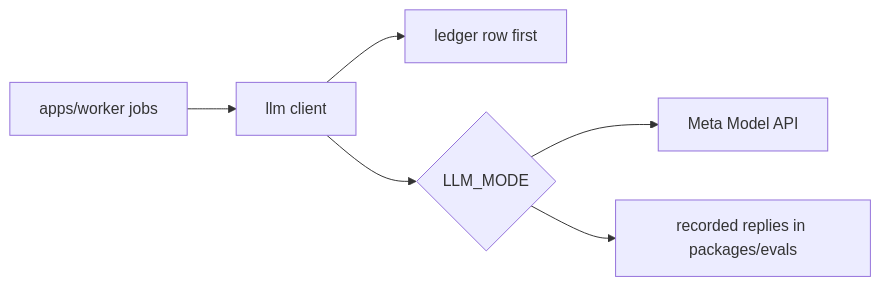
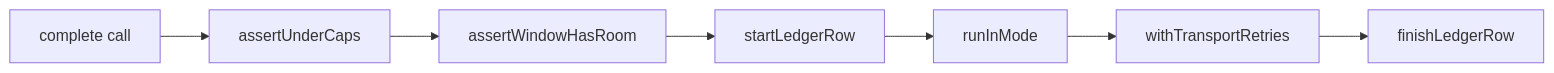
Before and after one commit to Ambar-13/Meta-hackathon: the first of 2 diagrams in packages/llm/README.md, drawn with Mermaid. The commit also changed other lines of this file and 88 other files, not shown here.

First line of the commit message:
Add the model client, the worker, the names check and the card builder

````diff
--- a/packages/llm/README.md
+++ b/packages/llm/README.md
@@ -15,8 +15,9 @@
 ```mermaid
 flowchart LR
-  worker["apps/worker jobs"] --> client["llm client"]
-  client --> ledger["ledger row first"]
-  client --> mode{"LLM_MODE"}
-  mode --> live["Meta Model API"]
-  mode --> replay["recorded replies in packages/evals"]
+  call["complete call"] --> caps["assertUnderCaps"]
+  caps --> window["assertWindowHasRoom"]
+  window --> start["startLedgerRow"]
+  start --> run["runInMode"]
+  run --> retry["withTransportRetries"]
+  retry --> finish["finishLedgerRow"]
 ```
````
